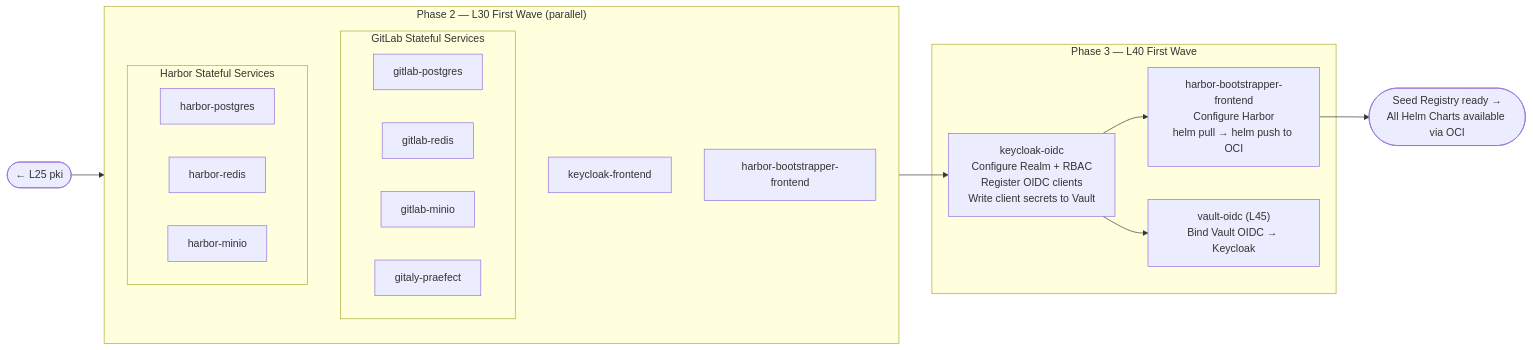
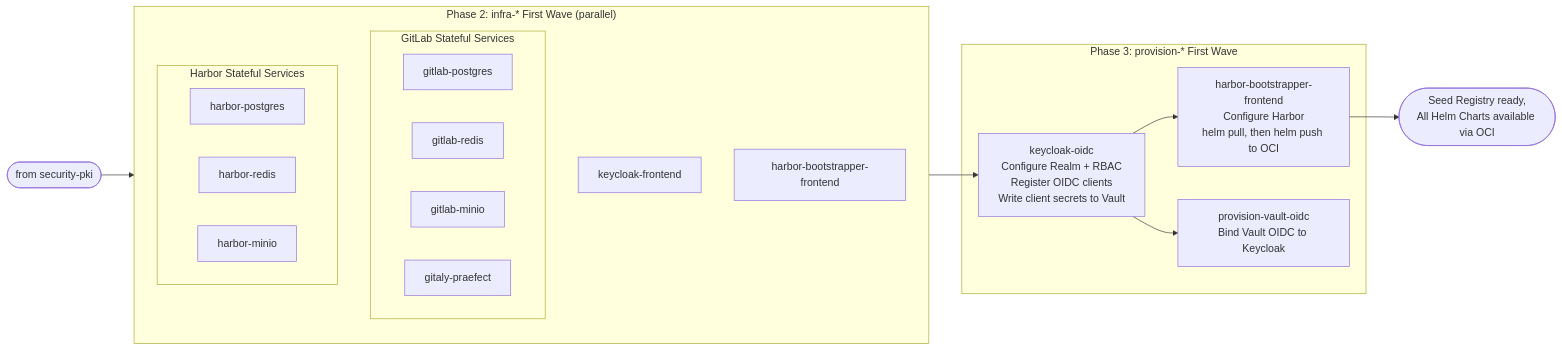
The second of 3 diagrams in documentation/en/getting-started/04-deployment-order.md (csning1998/on-premise-gitlab-deployment), drawn with Mermaid before and after one commit. The commit also changed other lines of this file and 158 other files, not shown here.

````diff
--- a/documentation/en/getting-started/04-deployment-order.md
+++ b/documentation/en/getting-started/04-deployment-order.md
@@ -57,34 +57,34 @@
 ```mermaid
 flowchart LR
-    L25(["← L25 pki"])
+    L25(["from security-pki"])
 
-    subgraph P2["Phase 2 — L30 First Wave (parallel)"]
+    subgraph P2["Phase 2: infra-* First Wave (parallel)"]
         direction TB
         subgraph gl_db["GitLab Stateful Services"]
             gp["gitlab-postgres"]
             gr["gitlab-redis"]
             gm["gitlab-minio"]
             git["gitaly-praefect"]
         end
         subgraph hbr_db["Harbor Stateful Services"]
             hp["harbor-postgres"]
             hr["harbor-redis"]
             hm["harbor-minio"]
         end
         kc30["keycloak-frontend"]
         hbs30["harbor-bootstrapper-frontend"]
     end
 
-    subgraph P3["Phase 3 — L40 First Wave"]
+    subgraph P3["Phase 3: provision-* First Wave"]
         kc40["keycloak-oidc<br/>Configure Realm + RBAC<br/>Register OIDC clients<br/>Write client secrets to Vault"]
-        hbs40["harbor-bootstrapper-frontend<br/>Configure Harbor<br/>helm pull → helm push to OCI"]
-        voidc["vault-oidc (L45)<br/>Bind Vault OIDC → Keycloak"]
+        hbs40["harbor-bootstrapper-frontend<br/>Configure Harbor<br/>helm pull, then helm push to OCI"]
+        voidc["provision-vault-oidc<br/>Bind Vault OIDC to Keycloak"]
     end
 
-    seed(["Seed Registry ready →<br/>All Helm Charts available via OCI"])
+    seed(["Seed Registry ready,<br/>All Helm Charts available via OCI"])
 
     L25 --> P2
     kc30 --> kc40
     kc40 --> hbs40 & voidc
     hbs40 --> seed
 ```
````
